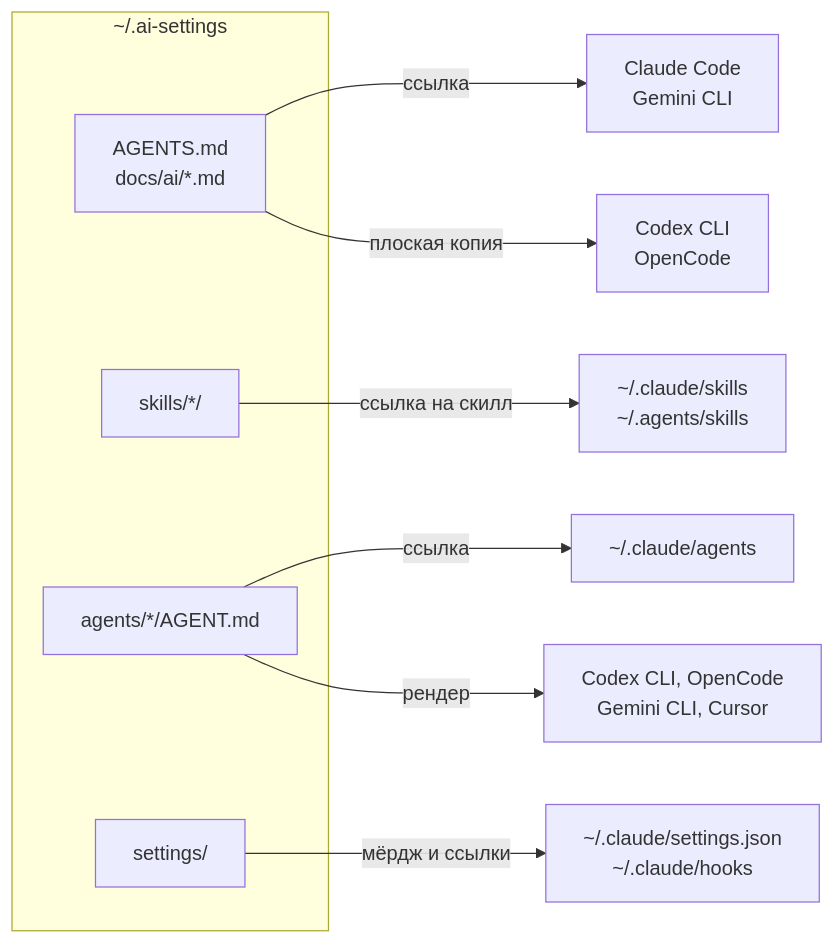
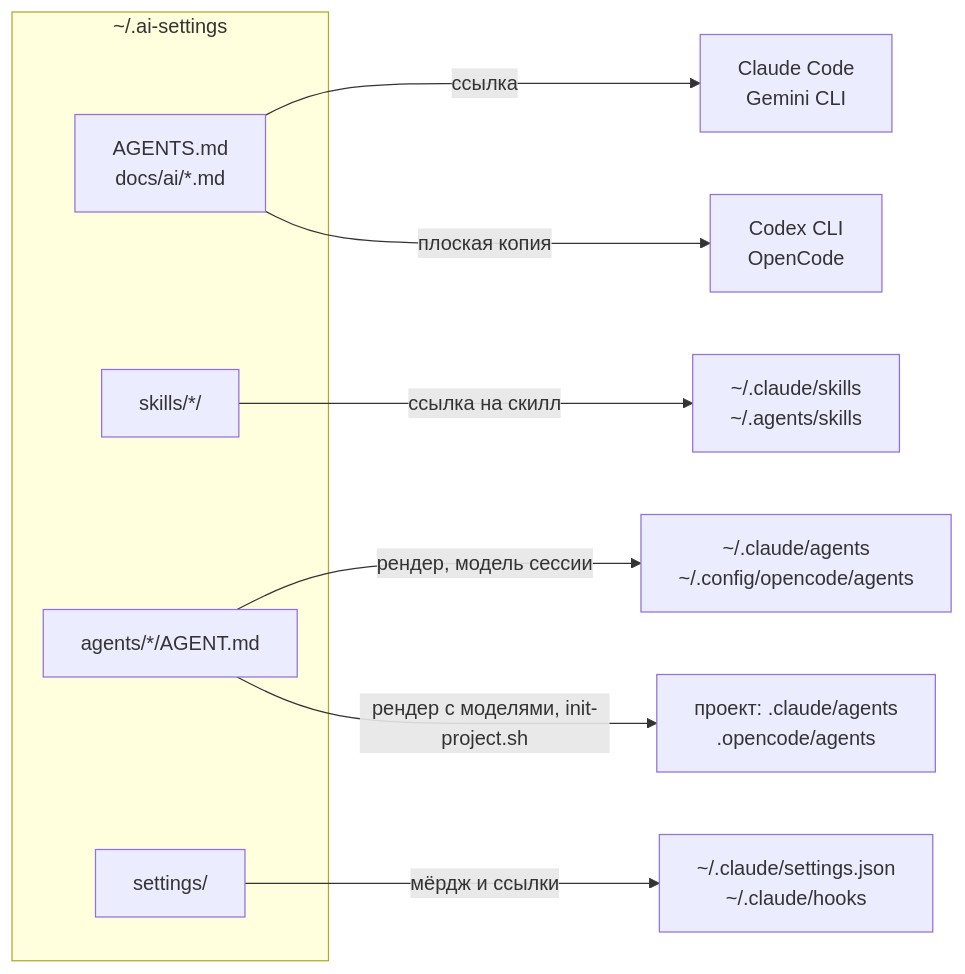
Before and after one commit to Str1kez/ai-settings: the diagram in ARCHITECTURE.md, drawn with Mermaid. The commit also changed other lines of this file and 12 other files, not shown here.

First line of the commit message:
docs: describe model levels, project agents and the 2.0.0 migration

````diff
--- a/ARCHITECTURE.md
+++ b/ARCHITECTURE.md
@@ -9,16 +9,16 @@
 ```mermaid
 flowchart LR
     subgraph repo["~/.ai-settings"]
         rules["AGENTS.md<br/>docs/ai/*.md"]
         skills["skills/*/"]
         agents["agents/*/AGENT.md"]
         settings["settings/"]
     end
 
     rules -->|ссылка| rulesLink["Claude Code<br/>Gemini CLI"]
     rules -->|плоская копия| rulesFlat["Codex CLI<br/>OpenCode"]
     skills -->|ссылка на скилл| skillDirs["~/.claude/skills<br/>~/.agents/skills"]
-    agents -->|ссылка| agentLink["~/.claude/agents"]
-    agents -->|рендер| agentRender["Codex CLI, OpenCode<br/>Gemini CLI, Cursor"]
+    agents -->|рендер, модель сессии| agentRender["~/.claude/agents<br/>~/.config/opencode/agents"]
+    agents -->|рендер с моделями, init-project.sh| agentProject["проект: .claude/agents<br/>.opencode/agents"]
     settings -->|мёрдж и ссылки| claudeSettings["~/.claude/settings.json<br/>~/.claude/hooks"]
 ```
````
